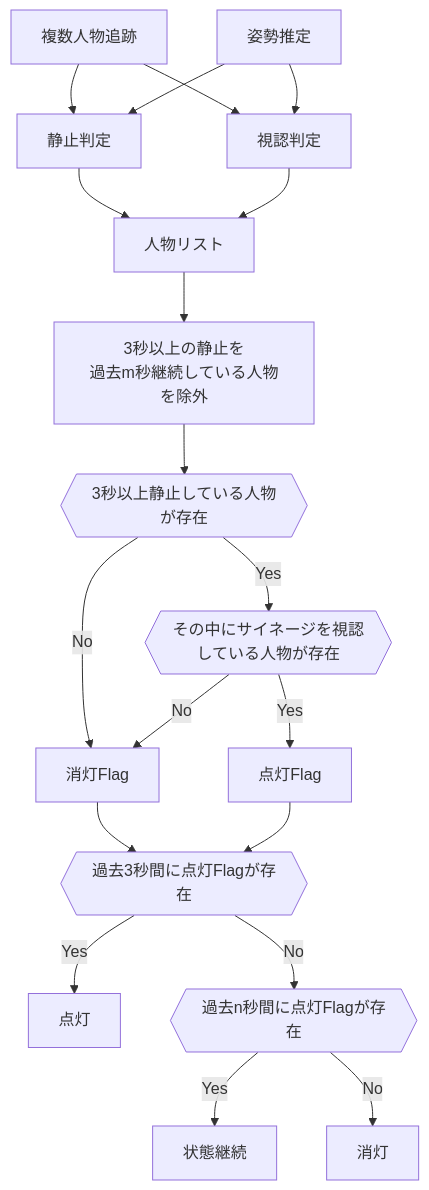
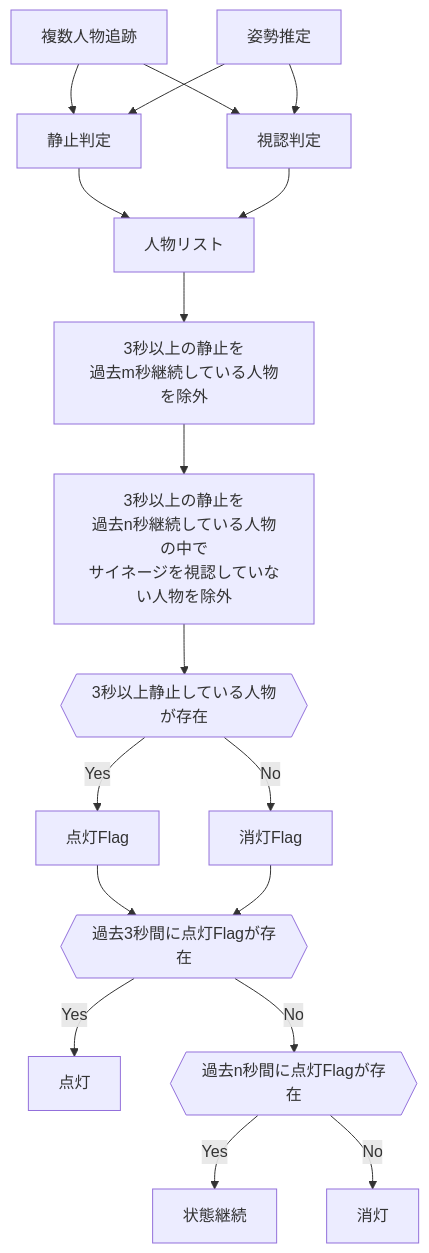
One commit to ideguchi92/assignment changed the first of 9 diagrams in assignment1.md. Above: the diagram before and after it, drawn with Mermaid. The commit also changed 4 other files, not shown here.

````diff
--- a/assignment1.md
+++ b/assignment1.md
@@ -25,16 +25,15 @@
 ```mermaid
 graph TD
 A[複数人物追跡] & B[姿勢推定] --> C[静止判定] & D[視認判定]
 C & D --> E[人物リスト]
 E --> F[3秒以上の静止を<br>過去m秒継続している人物を除外]
-F --> G{{3秒以上静止している人物が存在}}
-G -- Yes --> H{{その中にサイネージを視認している人物が存在}}
-G -- No --> I[消灯Flag]
-H -- Yes --> J[点灯Flag]
-H -- No --> I
+F --> G[3秒以上の静止を<br>過去n秒継続している人物の中で<br>サイネージを視認していない人物を除外]
+G --> H{{3秒以上静止している人物が存在}}
+H -- Yes --> I[点灯Flag]
+H -- No --> J[消灯Flag]
 I & J --> K{{過去3秒間に点灯Flagが存在}}
 K -- Yes --> L[点灯]
 K -- No --> M{{過去n秒間に点灯Flagが存在}}
 M -- Yes --> N[状態継続]
 M -- No --> O[消灯]
 ```
````
